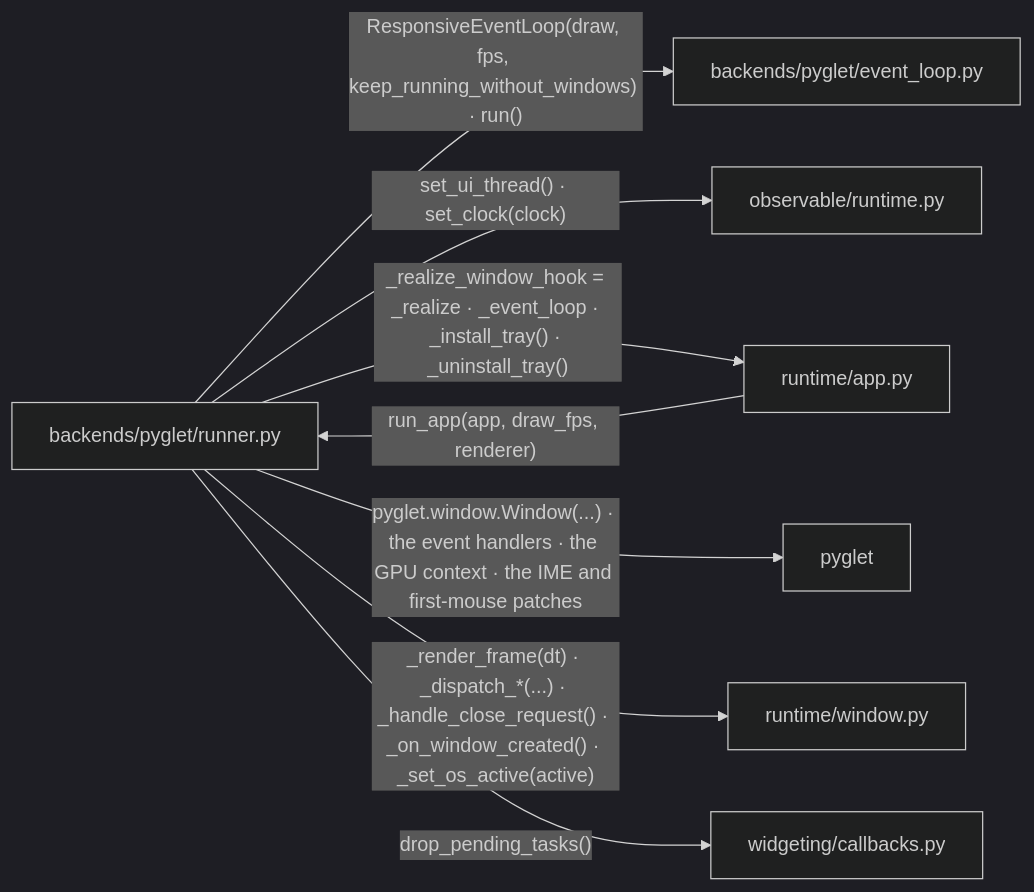
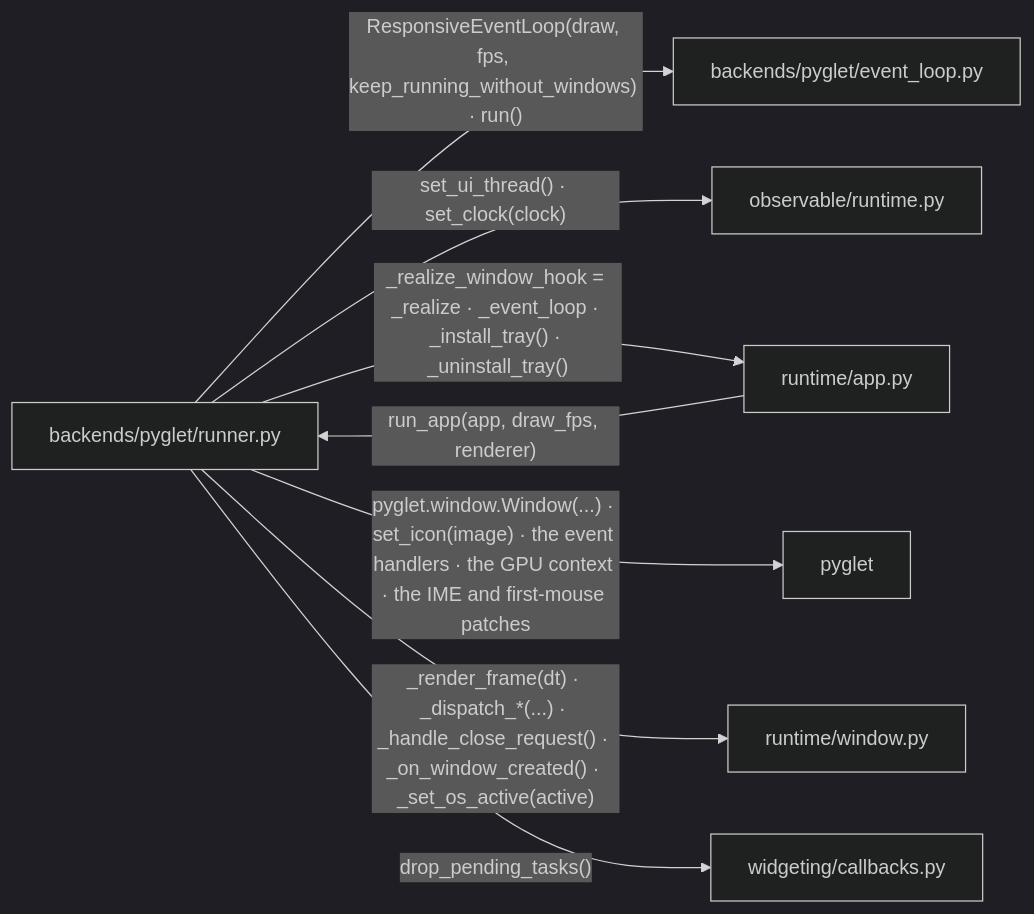
Before and after one commit to yuksblog/nuiitivet: the sixth of 7 diagrams in docs/design/APP_WINDOW.md, drawn with Mermaid (dark theme). The commit also changed other lines of this file and 19 other files, not shown here.

First line of the commit message:
feat(app): App(icon=...) sets the app icon on every window, and the favicon

````diff
--- a/docs/design/APP_WINDOW.md
+++ b/docs/design/APP_WINDOW.md
@@ -211,18 +211,18 @@
 ```mermaid
 flowchart LR
     runner[backends/pyglet/runner.py]
     loop[backends/pyglet/event_loop.py]
     window[runtime/window.py]
     app[runtime/app.py]
     clock[observable/runtime.py]
     pyglet[pyglet]
     callbacks[widgeting/callbacks.py]
 
     app -- "run_app(app, draw_fps, renderer)" --> runner
     runner -- "ResponsiveEventLoop(draw, fps, keep_running_without_windows) · run()" --> loop
     runner -- "set_ui_thread() · set_clock(clock)" --> clock
     runner -- "_realize_window_hook = _realize · _event_loop · _install_tray() · _uninstall_tray()" --> app
-    runner -- "pyglet.window.Window(...) · the event handlers · the GPU context · the IME and first-mouse patches" --> pyglet
+    runner -- "pyglet.window.Window(...) · set_icon(image) · the event handlers · the GPU context · the IME and first-mouse patches" --> pyglet
     runner -- "_render_frame(dt) · _dispatch_*(...) · _handle_close_request() · _on_window_created() · _set_os_active(active)" --> window
     runner -- "drop_pending_tasks()" --> callbacks
 ```
````
